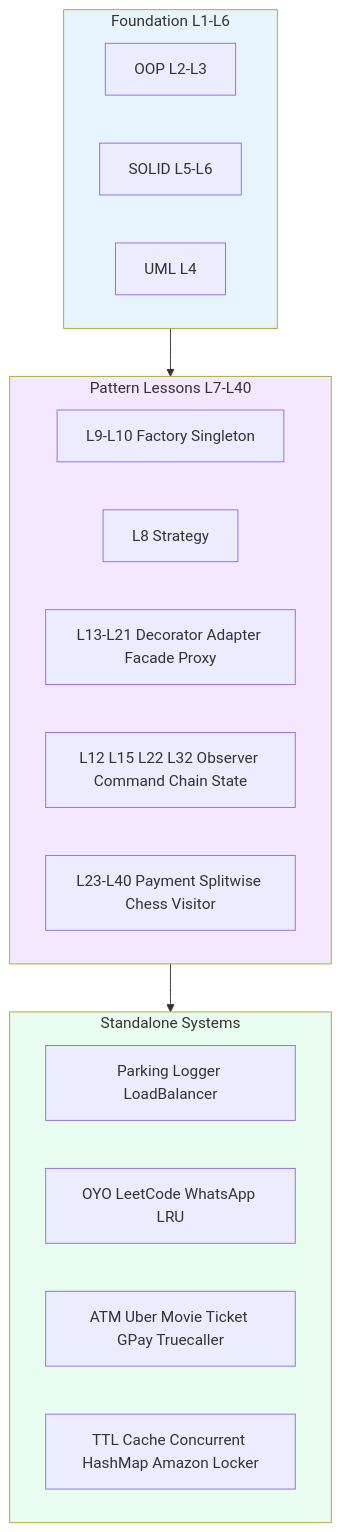
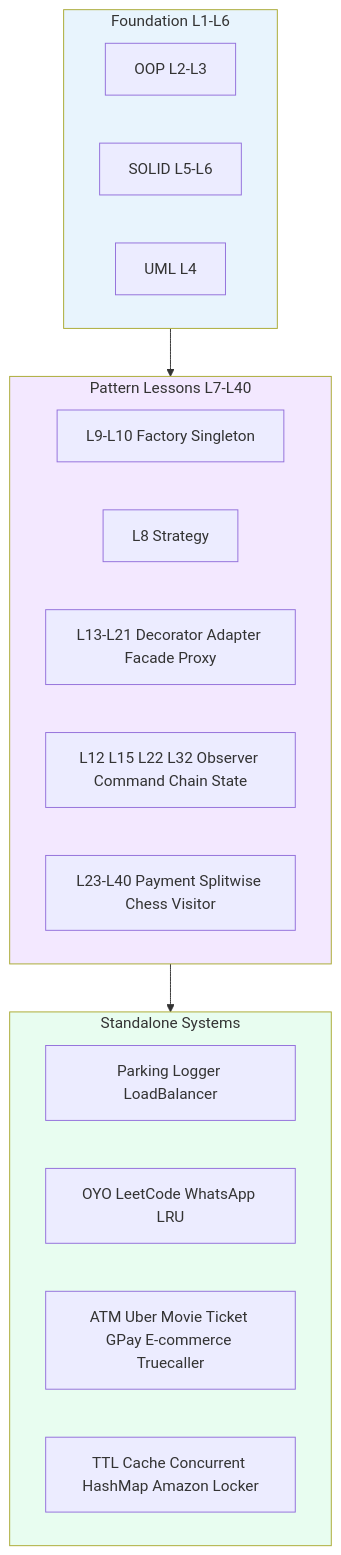
Before and after one commit to subhm2004/LLD: the first of 21 diagrams in docs/PROJECT_DESIGN_PATTERNS.md, drawn with Mermaid. The commit also changed other lines of this file and 40 other files, not shown here.

````diff
--- a/docs/PROJECT_DESIGN_PATTERNS.md
+++ b/docs/PROJECT_DESIGN_PATTERNS.md
@@ -40,30 +41,30 @@
 ```mermaid
 flowchart TB
     subgraph foundation [Foundation L1-L6]
         OOP[OOP L2-L3]
         SOLID[SOLID L5-L6]
         UML[UML L4]
     end
 
     subgraph lessons [Pattern Lessons L7-L40]
         CRE[L9-L10 Factory Singleton]
         STR[L8 Strategy]
         STRUCT[L13-L21 Decorator Adapter Facade Proxy]
         BEH[L12 L15 L22 L32 Observer Command Chain State]
         ADV[L23-L40 Payment Splitwise Chess Visitor]
     end
 
     subgraph systems [Standalone Systems]
         CORE[Parking Logger LoadBalancer]
         APP[OYO LeetCode WhatsApp LRU]
-        DOMAIN[ATM Uber Movie Ticket GPay Truecaller]
+        DOMAIN[ATM Uber Movie Ticket GPay E-commerce Truecaller]
         INFRA[TTL Cache Concurrent HashMap Amazon Locker]
     end
 
     foundation --> lessons
     lessons --> systems
 
     style foundation fill:#e8f4fd
     style lessons fill:#f3e8ff
     style systems fill:#e8fdf0
 ```
````
